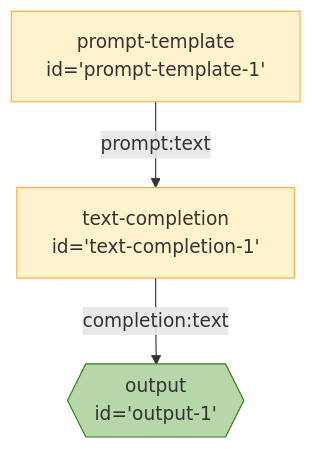
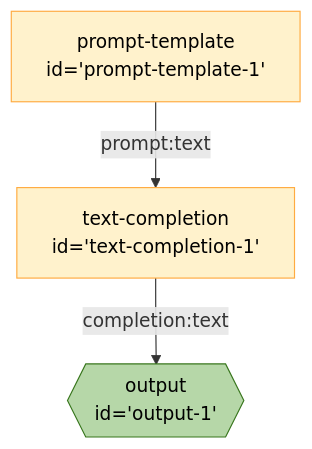
One commit to breadboard-ai/breadboard changed the diagram in seeds/graph-playground/docs/graphs/auto-simple-prompt.md. Above: the diagram before and after it, drawn with Mermaid. The commit also changed 13 other files, not shown here.

First line of the commit message:
[graph-playground] Tweak colors a bit

````diff
--- a/seeds/graph-playground/docs/graphs/auto-simple-prompt.md
+++ b/seeds/graph-playground/docs/graphs/auto-simple-prompt.md
@@ -4,14 +4,15 @@
 ```mermaid
-%%{init: {'theme':'default', 'themeVariables': { 'fontFamily': 'Fira Code, monospace', 'background': '#fff' }}}%%
+%%{init: {'themeVariables': { 'fontFamily': 'Fira Code, monospace' }}}%%
 graph TD;
 prompt-template-1["prompt-template
 id='prompt-template-1'"] -- prompt:text --> text-completion-1["text-completion
 id='text-completion-1'"]
 text-completion-1["text-completion
 id='text-completion-1'"] -- completion:text --> output-1{{"output
 id='output-1'"}}:::output
-classDef default stroke:#ffab40,fill:#fff2ccff
-classDef input stroke:#3c78d8,fill:#c9daf8ff
-classDef output stroke:#38761d,fill:#b6d7a8ff
-classDef passthrough stroke:#a64d79,fill:#ead1dcff
+classDef default stroke:#ffab40,fill:#fff2ccff,color:#000
+classDef input stroke:#3c78d8,fill:#c9daf8ff,color:#000
+classDef output stroke:#38761d,fill:#b6d7a8ff,color:#000
+classDef passthrough stroke:#a64d79,fill:#ead1dcff,color:#000
+classDef slot stroke:#a64d79,fill:#ead1dcff,color:#000
 ```
````
